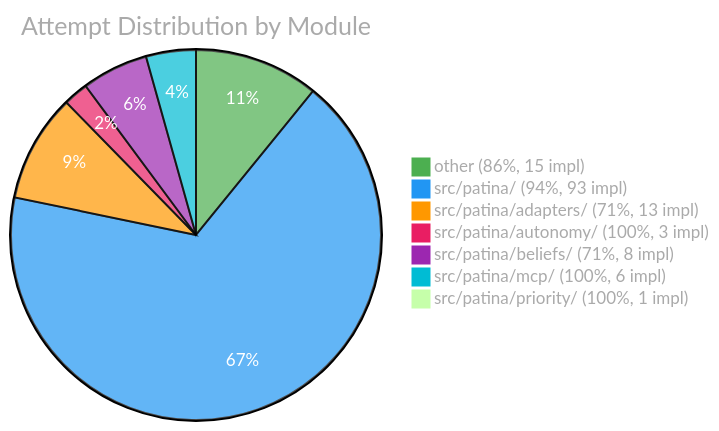
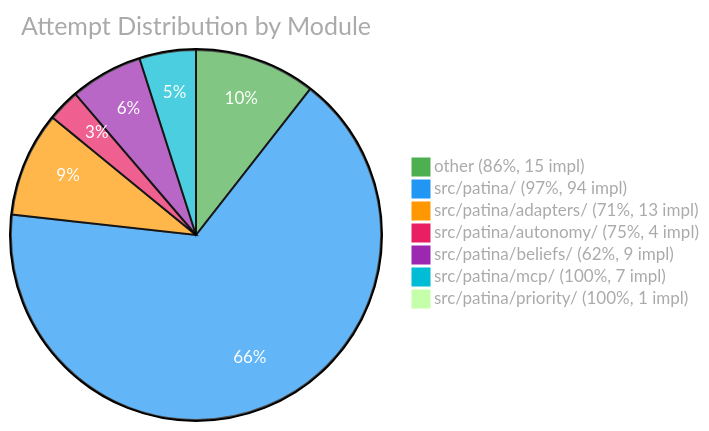
One commit to Sanctum-Origo-Systems/patina changed the third of 3 diagrams in EVAL.md. Above: the diagram before and after it, drawn with Mermaid. The commit also changed other lines of this file and 1 other file, not shown here.

````diff
--- a/EVAL.md
+++ b/EVAL.md
@@ -122,11 +124,11 @@
 ```mermaid
 %%{init: {'theme': 'base', 'themeVariables': {'pie1': '#4CAF50', 'pie2': '#2196F3', 'pie3': '#FF9800', 'pie4': '#E91E63', 'pie5': '#9C27B0', 'pie6': '#00BCD4', 'pieTitleTextColor': '#aaa', 'pieLegendTextColor': '#aaa', 'pieSectionTextColor': '#fff'}}}%%
 pie title Attempt Distribution by Module
     "other (86%, 15 impl)" : 15
-    "src/patina/ (94%, 93 impl)" : 93
+    "src/patina/ (97%, 94 impl)" : 94
     "src/patina/adapters/ (71%, 13 impl)" : 13
-    "src/patina/autonomy/ (100%, 3 impl)" : 3
-    "src/patina/beliefs/ (71%, 8 impl)" : 8
-    "src/patina/mcp/ (100%, 6 impl)" : 6
+    "src/patina/autonomy/ (75%, 4 impl)" : 4
+    "src/patina/beliefs/ (62%, 9 impl)" : 9
+    "src/patina/mcp/ (100%, 7 impl)" : 7
     "src/patina/priority/ (100%, 1 impl)" : 1
 ```
````
